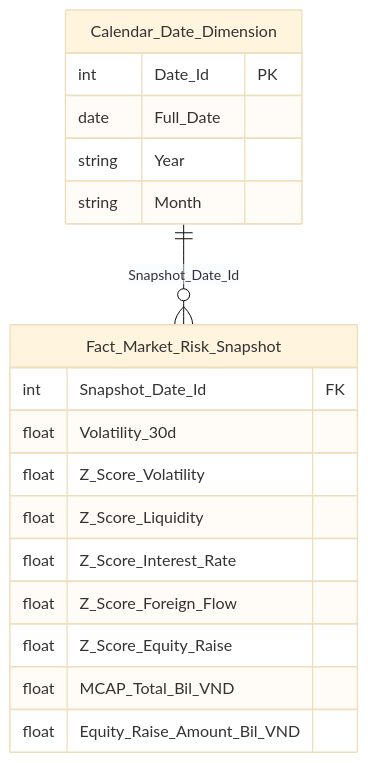
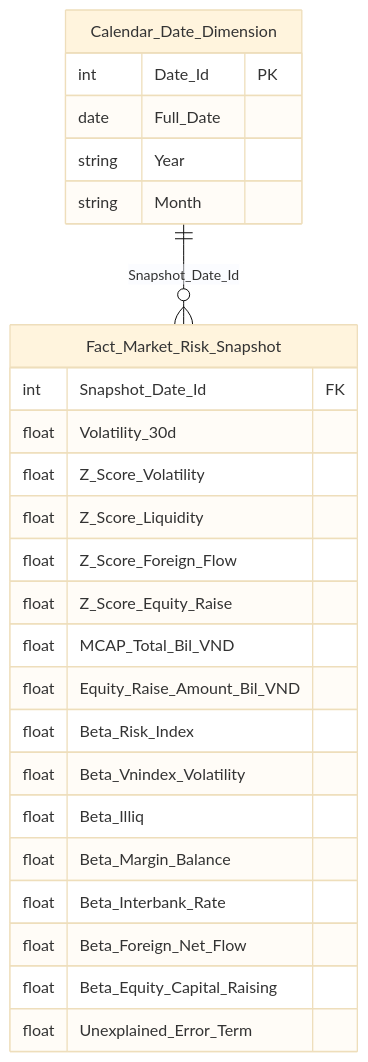
Before and after one commit to linhlvit/ubck_atomic_design: diagram 11 of 51 in Datamart/hld/DTM_PTTT_HLD.md, drawn with Mermaid (base theme). The commit also changed other lines of this file and 11 other files, not shown here.

````diff
--- a/Datamart/hld/DTM_PTTT_HLD.md
+++ b/Datamart/hld/DTM_PTTT_HLD.md
@@ -472,21 +452,28 @@
 ```mermaid
 erDiagram
     Fact_Market_Risk_Snapshot {
         int Snapshot_Date_Id FK
         float Volatility_30d
         float Z_Score_Volatility
         float Z_Score_Liquidity
-        float Z_Score_Interest_Rate
         float Z_Score_Foreign_Flow
         float Z_Score_Equity_Raise
         float MCAP_Total_Bil_VND
         float Equity_Raise_Amount_Bil_VND
+        float Beta_Risk_Index
+        float Beta_Vnindex_Volatility
+        float Beta_Illiq
+        float Beta_Margin_Balance
+        float Beta_Interbank_Rate
+        float Beta_Foreign_Net_Flow
+        float Beta_Equity_Capital_Raising
+        float Unexplained_Error_Term
     }
     Calendar_Date_Dimension {
         int Date_Id PK
         date Full_Date
         string Year
         string Month
     }
     Calendar_Date_Dimension ||--o{ Fact_Market_Risk_Snapshot : "Snapshot_Date_Id"
 ```
````
